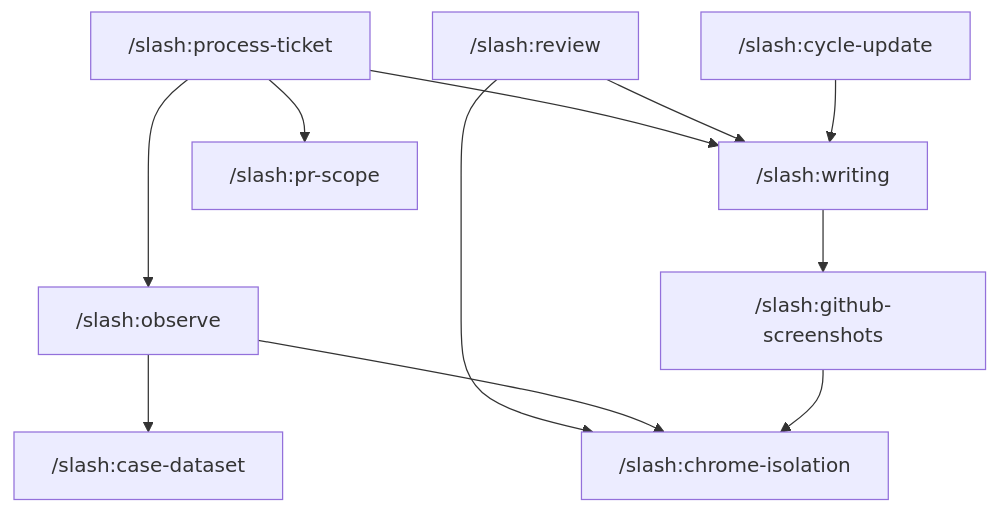
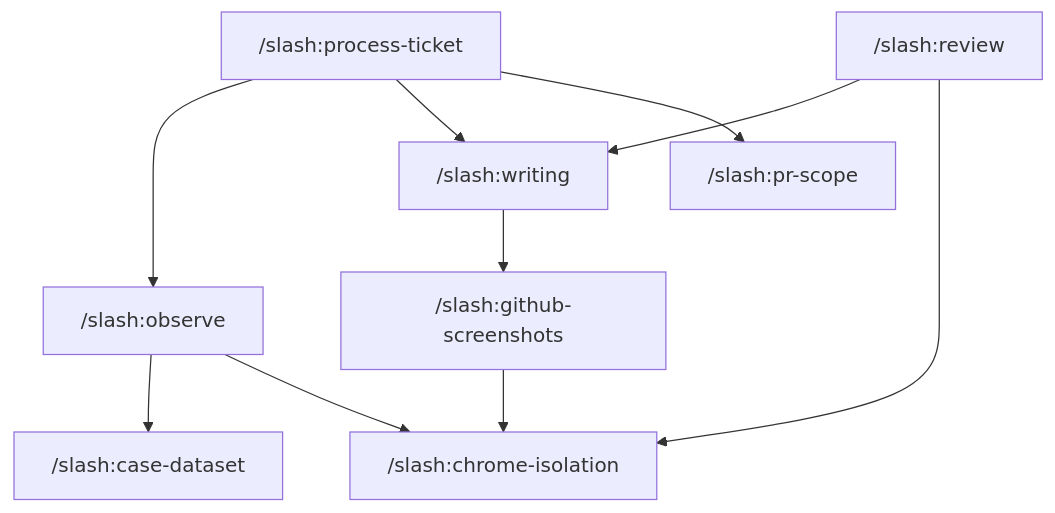
Before and after one commit to vinslash/claude-custom: the second of 2 diagrams in README.md, drawn with Mermaid. The commit also changed other lines of this file and 4 other files, not shown here.

````diff
--- a/README.md
+++ b/README.md
@@ -108,23 +104,21 @@
 ```mermaid
 flowchart TD
     pt["/slash:process-ticket"]
     rv["/slash:review"]
     co["/slash:observe"]
     re["/slash:writing"]
     rd["/slash:case-dataset"]
     sc["/slash:pr-scope"]
     cg["/slash:github-screenshots"]
     ca["/slash:chrome-isolation"]
-    cu["/slash:cycle-update"]
 
     pt --> co
     pt --> re
     pt --> sc
     rv --> re
     rv --> ca
     co --> rd
     co --> ca
     re --> cg
     cg --> ca
-    cu --> re
 ```
````
